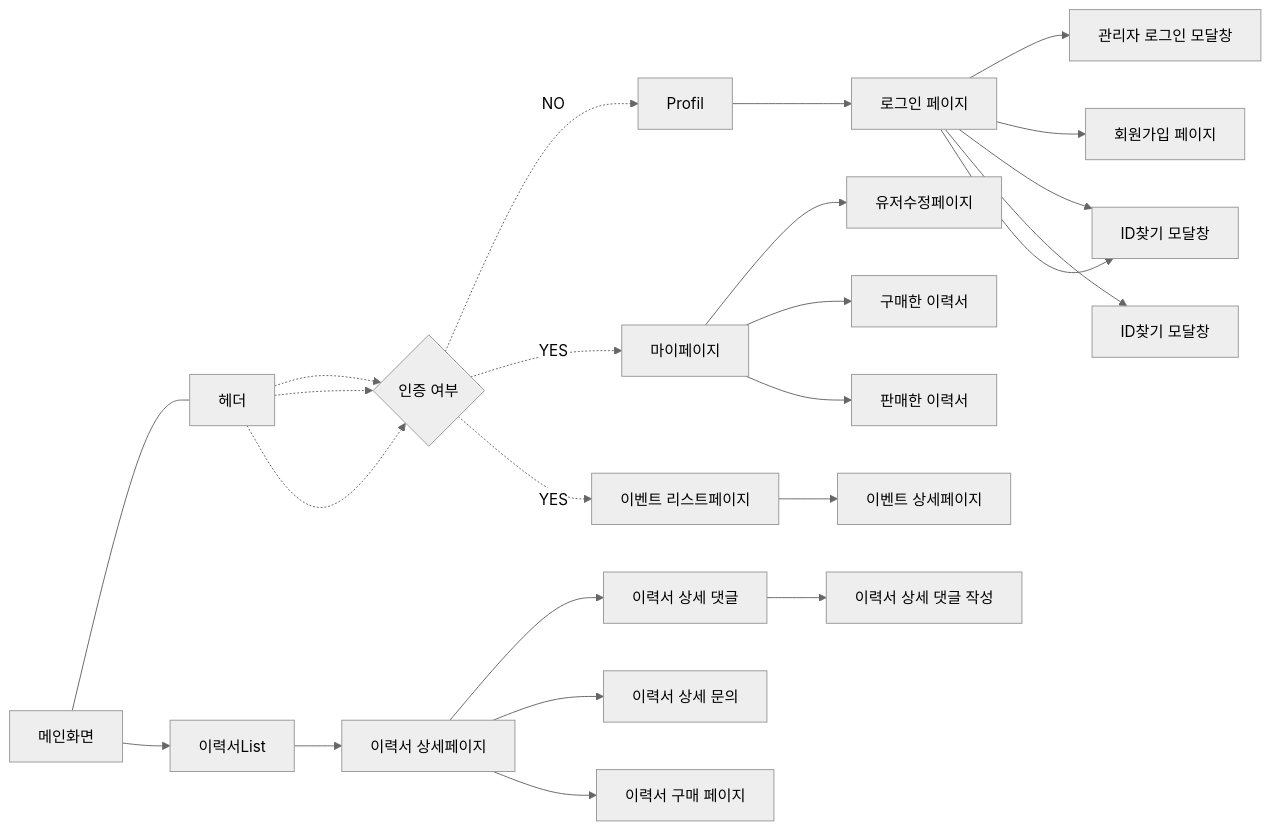
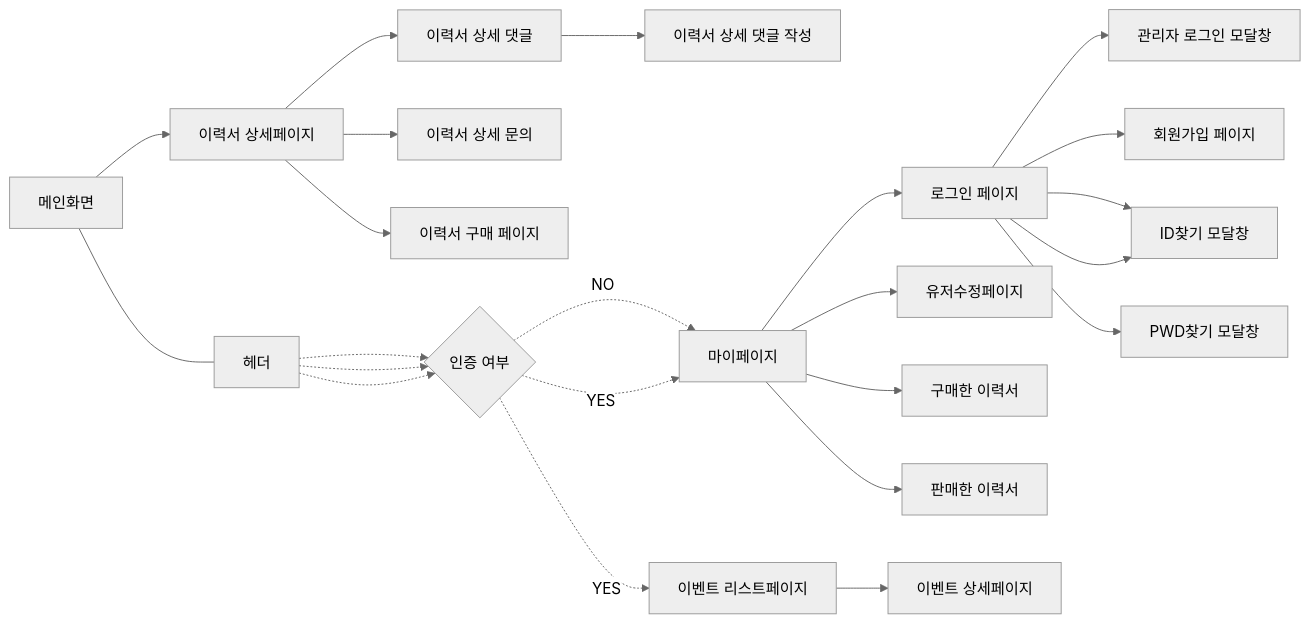
Before and after one commit to DevCVTeam/DevCV-frontend: the first of 2 diagrams in README.md, drawn with Mermaid (neutral theme). The commit also changed other lines of this file, not shown here.

````diff
--- a/README.md
+++ b/README.md
@@ -11,57 +11,54 @@
 ```mermaid
 %% 이용자
 flowchart LR
 
 
     Header[헤더]
 
     SignIn[로그인 페이지]
     SignUp[회원가입 페이지]
     IdFind[ID찾기 모달창]
-    PasswordFind[ID찾기 모달창]
+    PasswordFind[PWD찾기 모달창]
 
     AdminSignIn[관리자 로그인 모달창]
 
     Home[메인화면]
-    ResumeList[이력서List]
     ResumeDetailView[이력서 상세페이지]
     ResumeDetailComment[이력서 상세 댓글]
     ResumeDetailCommentWrite[이력서 상세 댓글 작성]
     ResumeDetailProductInquiry[이력서 상세 문의]
 
     ResumeSale[이력서 구매 페이지]
 
     Profile[마이페이지]
     ProfileEdit[유저수정페이지]
     BuyResume[구매한 이력서]
     SaleResume[판매한 이력서]
 
     Authorize{인증 여부}
 
     EventList[이벤트 리스트페이지]
     EventDetail[이벤트 상세페이지]
 
     Home --- Header
 
-    Home --> ResumeList --> ResumeDetailView
+    Home  --> ResumeDetailView
     ResumeDetailView --> ResumeDetailComment
     ResumeDetailComment --> ResumeDetailCommentWrite
     ResumeDetailView --> ResumeDetailProductInquiry
     ResumeDetailView --> ResumeSale
 
-    Header -.-> Authorize -.-> |NO| Profil --> SignIn
+    Header -.-> Authorize -.-> |NO| Profile --> SignIn
     SignIn --> AdminSignIn
     SignIn --> SignUp
     SignIn --> IdFind
     SignIn --> PasswordFind
     SignIn --> IdFind
 
 
     Header -.-> Authorize -.-> |YES| Profile --> ProfileEdit
     Profile -->  BuyResume
     Profile --> SaleResume
 
     Header -.-> Authorize -.-> |YES| EventList --> EventDetail
-
-
 ```
````
